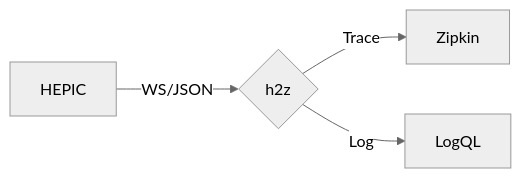
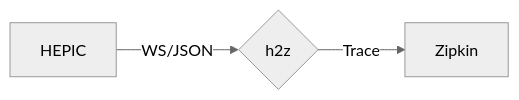
Before and after one commit to hepictel/h2Z: the diagram in README.md, drawn with Mermaid (neutral theme).

````diff
--- a/README.md
+++ b/README.md
@@ -5,7 +5,6 @@
 ```mermaid
 flowchart LR
 
 A[HEPIC] -->|WS/JSON| C{h2z}
 C -->|Trace| D[Zipkin]
-C -->|Log| E[LogQL]
 ```
````
